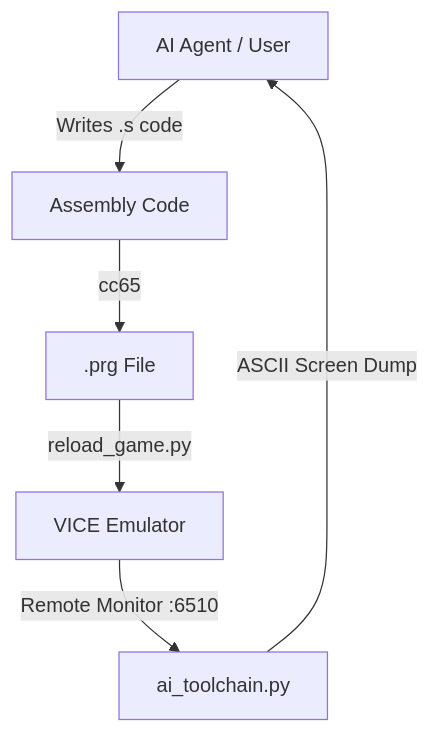
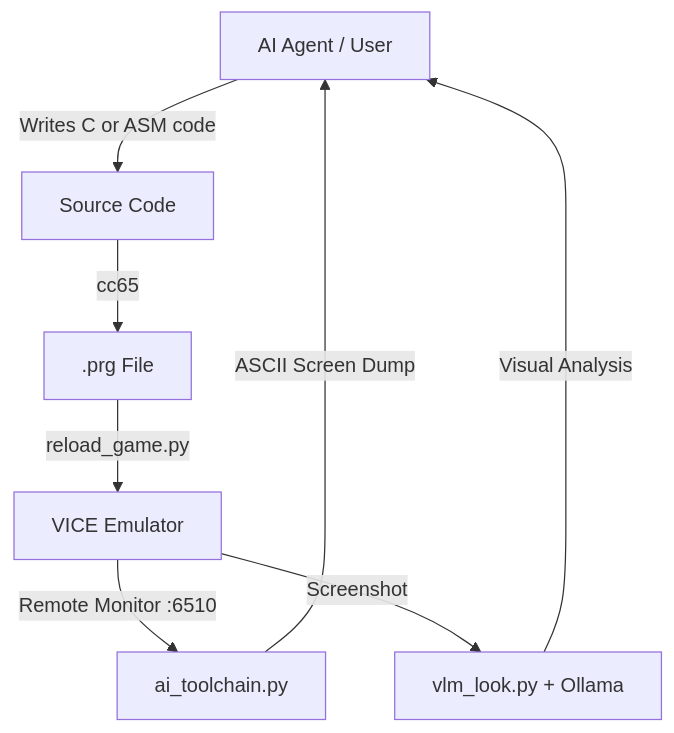
The diagram in README.md (dexmac221/C64AIToolChain), drawn with Mermaid before and after one commit. The commit also changed other lines of this file and 5 other files, not shown here.

````diff
--- a/README.md
+++ b/README.md
@@ -16,8 +98,10 @@
 ```mermaid
 graph TD
-    AI[AI Agent / User] -->|Writes .s code| Code[Assembly Code]
+    AI[AI Agent / User] -->|Writes C or ASM code| Code[Source Code]
     Code -->|cc65| Binary[.prg File]
     Binary -->|reload_game.py| VICE[VICE Emulator]
     VICE -->|Remote Monitor :6510| Bridge[ai_toolchain.py]
     Bridge -->|ASCII Screen Dump| AI
+    VICE -->|Screenshot| VLM[vlm_look.py + Ollama]
+    VLM -->|Visual Analysis| AI
 ```
````
